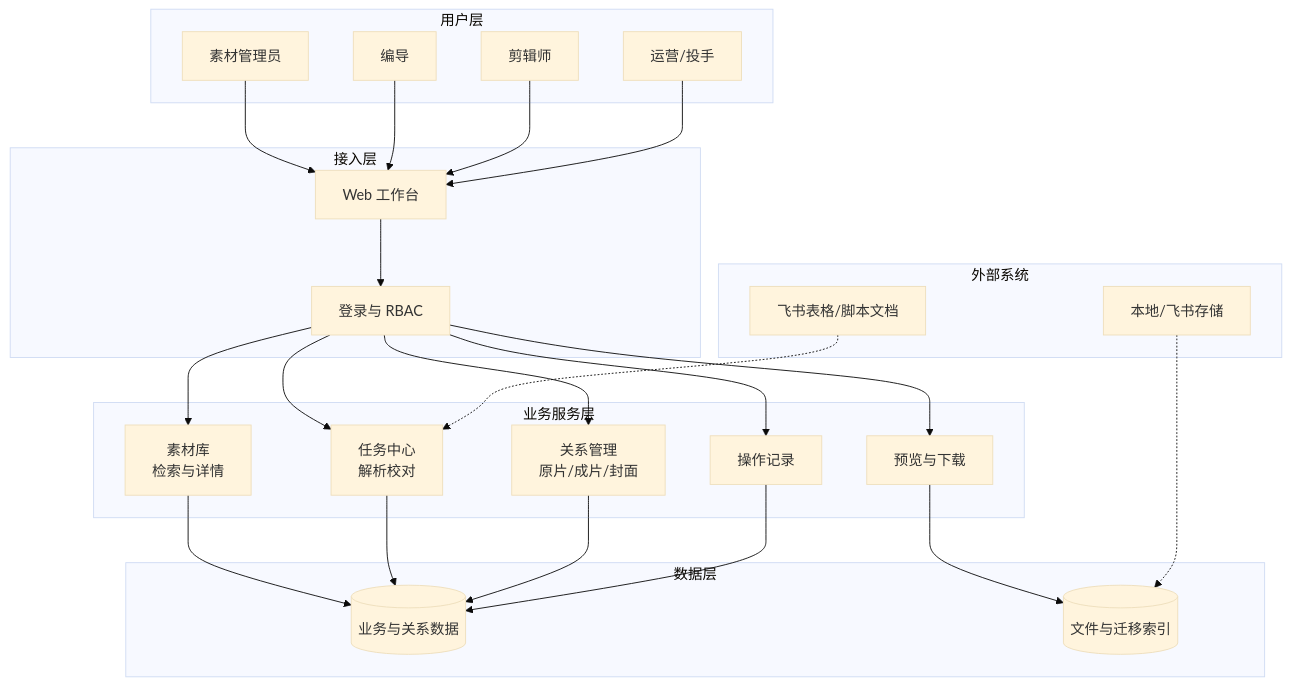
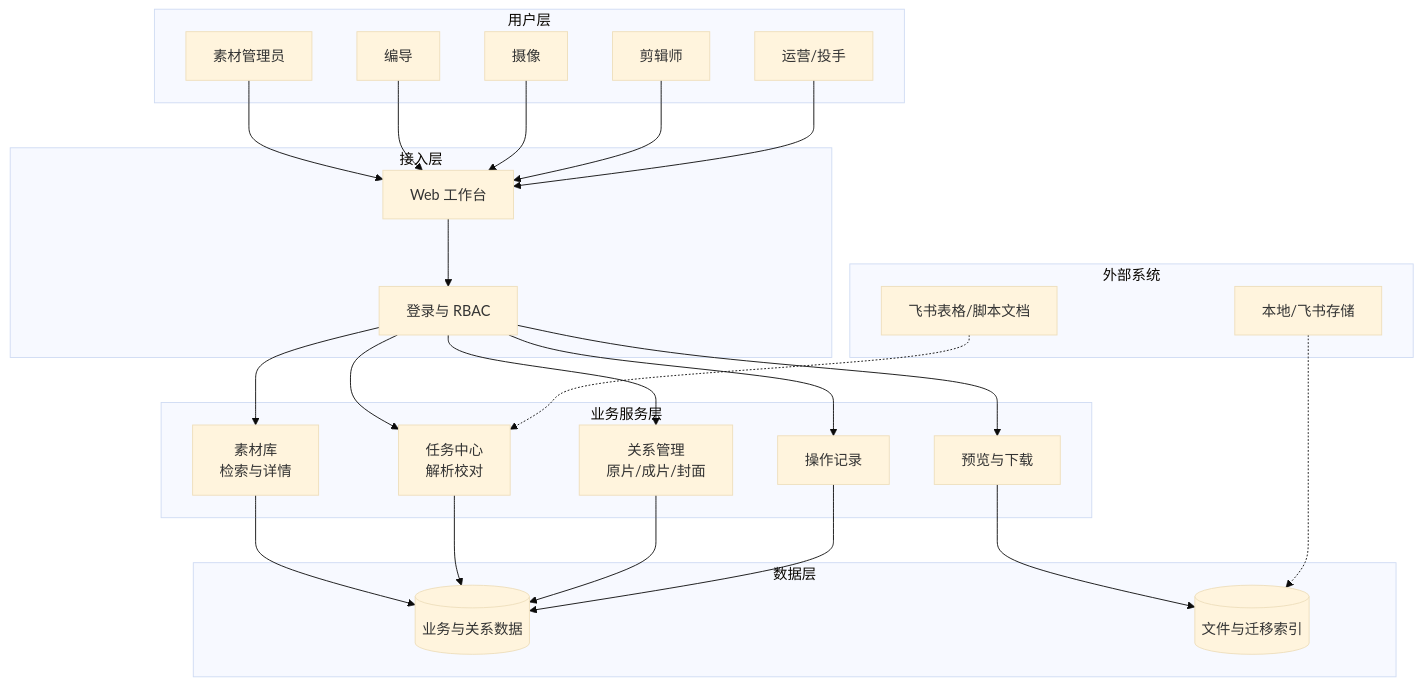
One commit to e3870732-droid/heshu-video-management-demo changed the first of 4 diagrams in 素材库PRD_V113.6_公司模板版.md. Above: the diagram before and after it, drawn with Mermaid (base theme). The commit also changed other lines of this file, not shown here.

````diff
--- a/素材库PRD_V113.6_公司模板版.md
+++ b/素材库PRD_V113.6_公司模板版.md
@@ -524,34 +895,35 @@
 ```mermaid
 graph TB
     subgraph 用户层
         ADMIN[素材管理员]
         DIRECTOR[编导]
+        CAMERA[摄像]
         EDITOR[剪辑师]
         OPS[运营/投手]
     end
     subgraph 接入层
         WEB[Web 工作台]
         AUTH[登录与 RBAC]
     end
     subgraph 业务服务层
         LIB[素材库<br/>检索与详情]
         TASK[任务中心<br/>解析校对]
         REL[关系管理<br/>原片/成片/封面]
         AUDIT[操作记录]
         DOWNLOAD[预览与下载]
     end
     subgraph 数据层
         META[(业务与关系数据)]
         FILE[(文件与迁移索引)]
     end
     subgraph 外部系统
         FEISHU[飞书表格/脚本文档]
         STORAGE[本地/飞书存储]
     end
-    ADMIN & DIRECTOR & EDITOR & OPS --> WEB --> AUTH
+    ADMIN & DIRECTOR & CAMERA & EDITOR & OPS --> WEB --> AUTH
     AUTH --> LIB & TASK & REL & AUDIT & DOWNLOAD
     LIB & TASK & REL & AUDIT --> META
     DOWNLOAD --> FILE
     FEISHU -.-> TASK
     STORAGE -.-> FILE
 ```
````
